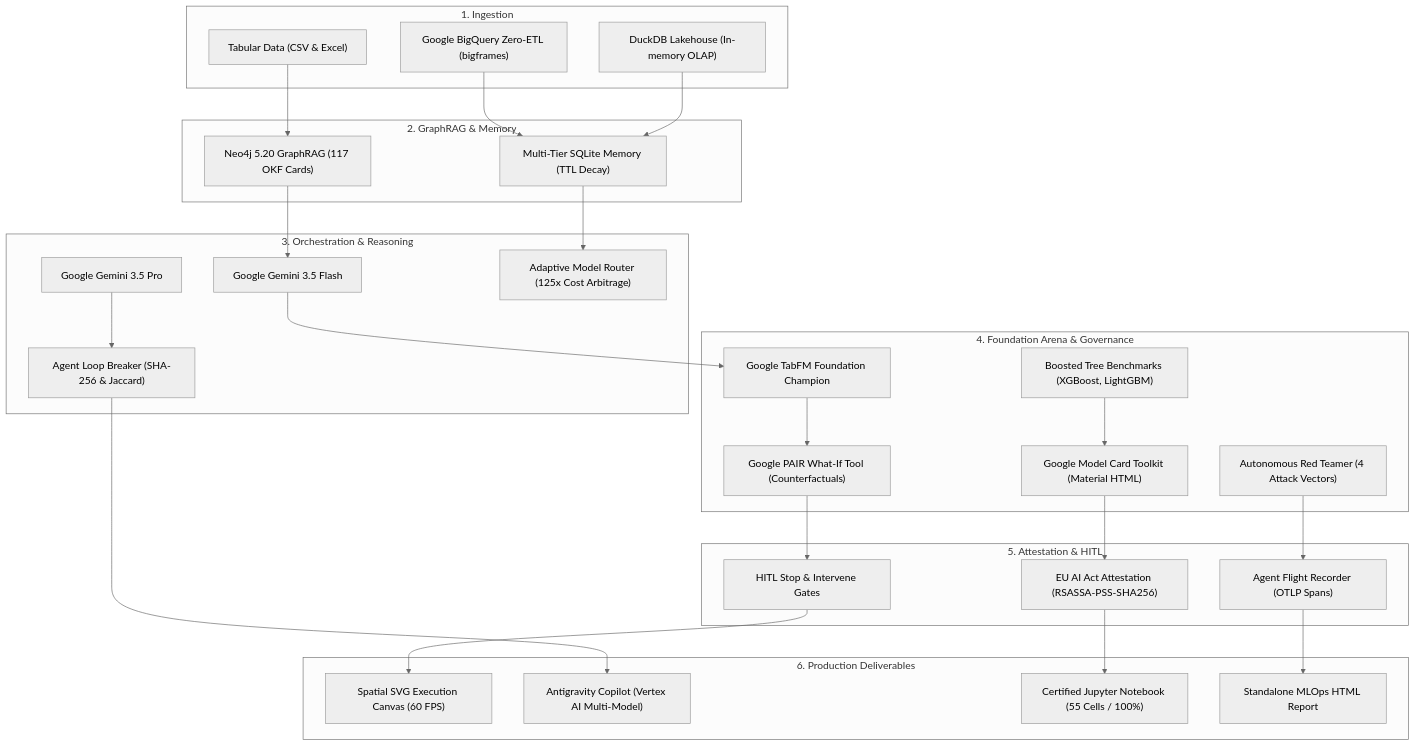
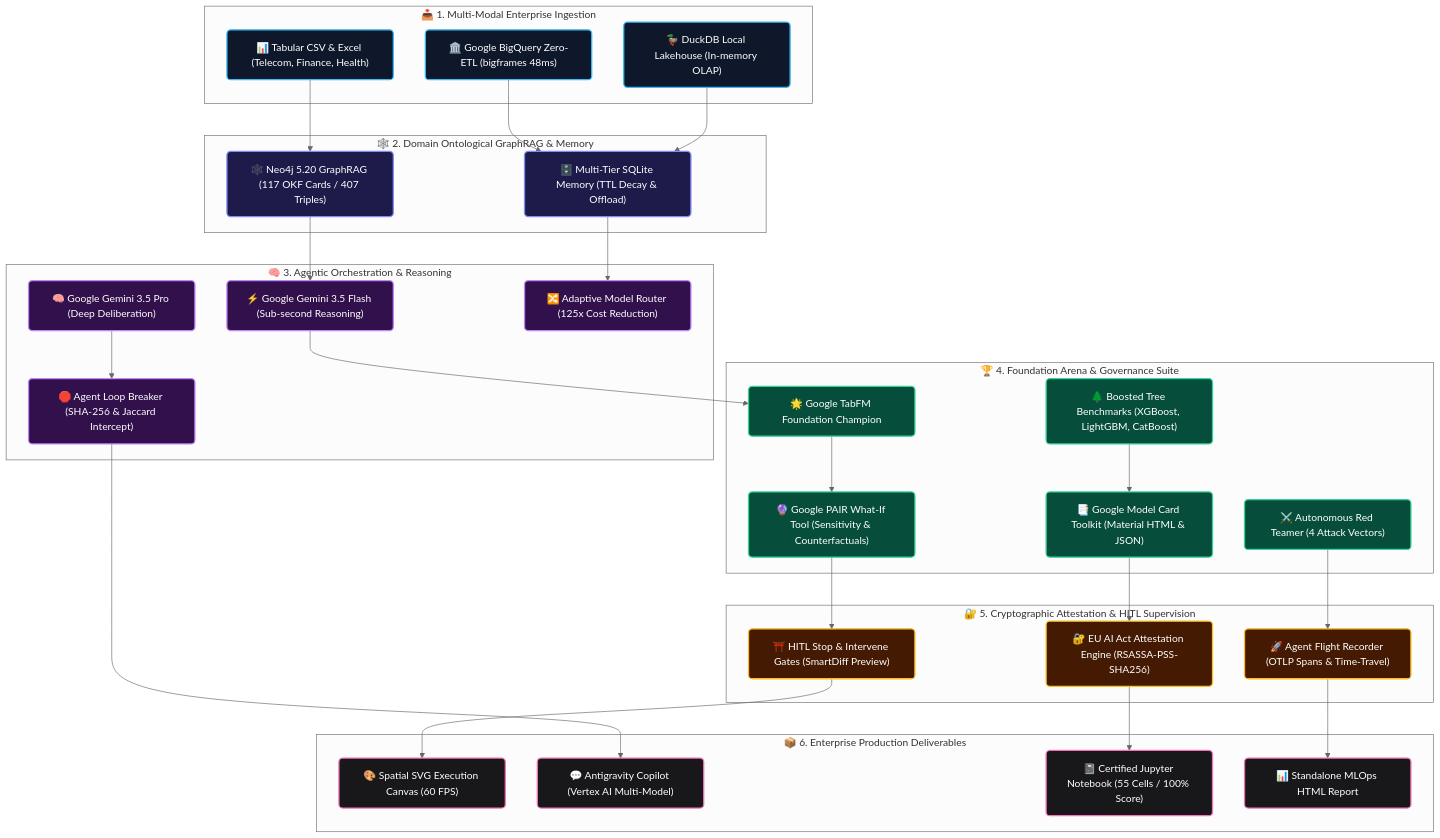
One commit to gervais-afk/notebooks-factory changed the diagram in README.md. Above: the diagram before and after it, drawn with Mermaid (neutral theme). The commit also changed other lines of this file, not shown here.

Commit message:
docs: Fix mermaid diagram structure to match Archi Cam AI pattern without details tags

````diff
--- a/README.md
+++ b/README.md
@@ -27,58 +23,65 @@
 ```mermaid
-flowchart TD
-    subgraph Ingestion ["1. Ingestion"]
-        BQ["Google BigQuery Zero-ETL (bigframes)"]
-        DuckDB["DuckDB Lakehouse (In-memory OLAP)"]
-        CSVData["Tabular Data (CSV & Excel)"]
+graph TD
+    classDef input fill:#0f172a,stroke:#38bdf8,stroke-width:2px,color:#ffffff,rx:6px;
+    classDef memory fill:#1e1b4b,stroke:#818cf8,stroke-width:2px,color:#ffffff,rx:6px;
+    classDef agent fill:#31104b,stroke:#c084fc,stroke-width:2px,color:#ffffff,rx:6px;
+    classDef engine fill:#064e3b,stroke:#34d399,stroke-width:2px,color:#ffffff,rx:6px;
+    classDef trust fill:#451a03,stroke:#fbbf24,stroke-width:2px,color:#ffffff,rx:6px;
+    classDef output fill:#18181b,stroke:#f472b6,stroke-width:2px,color:#ffffff,rx:6px;
+
+    subgraph Ingestion ["📥 1. Multi-Modal Enterprise Ingestion"]
+        BQ["🏛️ Google BigQuery Zero-ETL (bigframes 48ms)"]:::input
+        DuckDB["🦆 DuckDB Local Lakehouse (In-memory OLAP)"]:::input
+        CSVData["📊 Tabular CSV & Excel (Telecom, Finance, Health)"]:::input
     end
 
-    subgraph Memory ["2. GraphRAG & Memory"]
-        Neo4j["Neo4j 5.20 GraphRAG (117 OKF Cards)"]
-        ContextMem["Multi-Tier SQLite Memory (TTL Decay)"]
+    subgraph Memory ["🕸️ 2. Domain Ontological GraphRAG & Memory"]
+        Neo4j["🕸️ Neo4j 5.20 GraphRAG (117 OKF Cards / 407 Triples)"]:::memory
+        ContextMem["🗄️ Multi-Tier SQLite Memory (TTL Decay & Offload)"]:::memory
     end
 
-    subgraph Reasoning ["3. Orchestration & Reasoning"]
-        GeminiFlash["Google Gemini 3.5 Flash"]
-        GeminiPro["Google Gemini 3.5 Pro"]
-        AdaptiveRouter["Adaptive Model Router (125x Cost Arbitrage)"]
-        LoopBreaker["Agent Loop Breaker (SHA-256 & Jaccard)"]
+    subgraph Reasoning ["🧠 3. Agentic Orchestration & Reasoning"]
+        GeminiFlash["⚡ Google Gemini 3.5 Flash (Sub-second Reasoning)"]:::agent
+        GeminiPro["🧠 Google Gemini 3.5 Pro (Deep Deliberation)"]:::agent
+        AdaptiveRouter["🔀 Adaptive Model Router (125x Cost Reduction)"]:::agent
+        LoopBreaker["🛑 Agent Loop Breaker (SHA-256 & Jaccard Intercept)"]:::agent
     end
 
-    subgraph Arena ["4. Foundation Arena & Governance"]
-        TabFM["Google TabFM Foundation Champion"]
-        XGB["Boosted Tree Benchmarks (XGBoost, LightGBM)"]
-        WhatIf["Google PAIR What-If Tool (Counterfactuals)"]
-        ModelCard["Google Model Card Toolkit (Material HTML)"]
-        RedTeam["Autonomous Red Teamer (4 Attack Vectors)"]
+    subgraph Arena ["🏆 4. Foundation Arena & Governance Suite"]
+        TabFM["🌟 Google TabFM Foundation Champion"]:::engine
+        XGB["🌲 Boosted Tree Benchmarks (XGBoost, LightGBM, CatBoost)"]:::engine
+        WhatIf["🔮 Google PAIR What-If Tool (Sensitivity & Counterfactuals)"]:::engine
+        ModelCard["📑 Google Model Card Toolkit (Material HTML & JSON)"]:::engine
+        RedTeam["⚔️ Autonomous Red Teamer (4 Attack Vectors)"]:::engine
     end
 
-    subgraph Governance ["5. Attestation & HITL"]
-        HITL["HITL Stop & Intervene Gates"]
-        CryptoEngine["EU AI Act Attestation (RSASSA-PSS-SHA256)"]
-        FlightRecorder["Agent Flight Recorder (OTLP Spans)"]
+    subgraph Governance ["🔐 5. Cryptographic Attestation & HITL Supervision"]
+        HITL["⛩️ HITL Stop & Intervene Gates (SmartDiff Preview)"]:::trust
+        CryptoEngine["🔐 EU AI Act Attestation Engine (RSASSA-PSS-SHA256)"]:::trust
+        FlightRecorder["🚀 Agent Flight Recorder (OTLP Spans & Time-Travel)"]:::trust
     end
 
-    subgraph Deliverables ["6. Production Deliverables"]
-        CanvasUI["Spatial SVG Execution Canvas (60 FPS)"]
-        CopilotChat["Antigravity Copilot (Vertex AI Multi-Model)"]
-        Notebook55["Certified Jupyter Notebook (55 Cells / 100%)"]
-        VisualReport["Standalone MLOps HTML Report"]
+    subgraph Deliverables ["📦 6. Enterprise Production Deliverables"]
+        CanvasUI["🎨 Spatial SVG Execution Canvas (60 FPS)"]:::output
+        CopilotChat["💬 Antigravity Copilot (Vertex AI Multi-Model)"]:::output
+        Notebook55["📓 Certified Jupyter Notebook (55 Cells / 100% Score)"]:::output
+        VisualReport["📊 Standalone MLOps HTML Report"]:::output
     end
 
     CSVData --> Neo4j
     BQ --> ContextMem
     DuckDB --> ContextMem
     Neo4j --> GeminiFlash
     ContextMem --> AdaptiveRouter
     GeminiFlash --> TabFM
     GeminiPro --> LoopBreaker
     TabFM --> WhatIf
     XGB --> ModelCard
     WhatIf --> HITL
     ModelCard --> CryptoEngine
     RedTeam --> FlightRecorder
     HITL --> CanvasUI
     CryptoEngine --> Notebook55
     FlightRecorder --> VisualReport
     LoopBreaker --> CopilotChat
 ```
````
